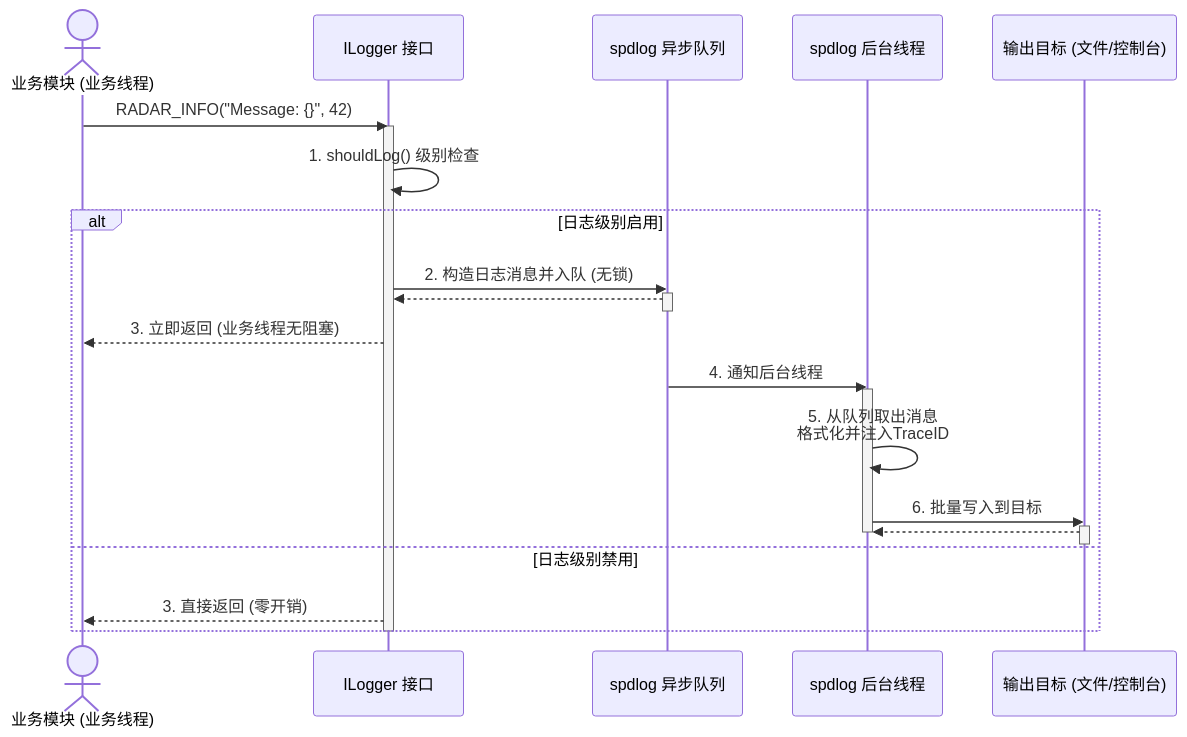
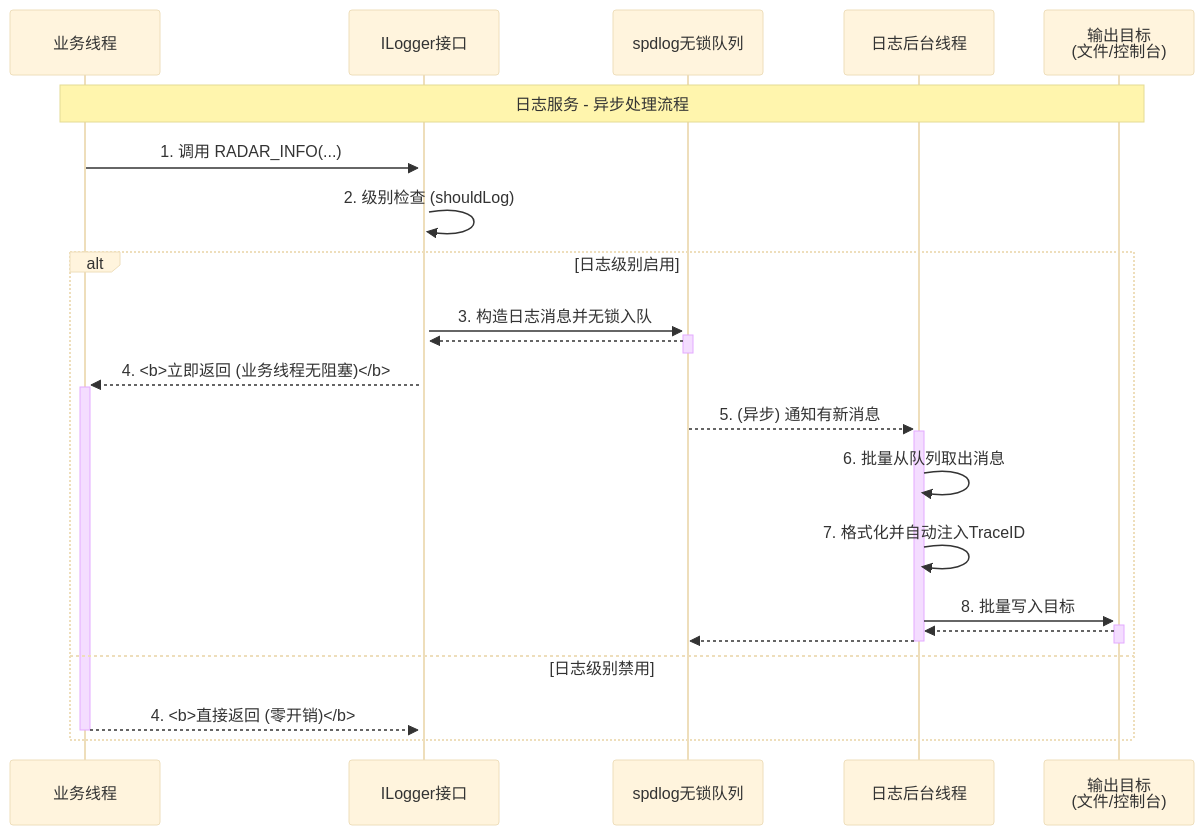
Before and after one commit to wendizhou99-cell/Radar: the second of 5 diagrams in docs/01_项目设计/02_模块设计/07_日志服务设计.md, drawn with Mermaid. The commit also changed other lines of this file and 26 other files, not shown here.

First line of the commit message:
docs: 完成数据架构文档系列重构和Mermaid可视化指南增强

````diff
--- a/docs/01_项目设计/02_模块设计/07_日志服务设计.md
+++ b/docs/01_项目设计/02_模块设计/07_日志服务设计.md
@@ -352,31 +258,34 @@
 ```mermaid
+---
+  config:
+    theme: base
+    flowchart:
+      curve: basis
+---
 sequenceDiagram
-    actor App as 业务模块 (业务线程)
-    participant Logger as ILogger 接口
-    participant SpdlogQueue as spdlog 异步队列
-    participant Worker as spdlog 后台线程
-    participant Sink as 输出目标 (文件/控制台)
+    participant BizThread as 业务线程
+    participant Logger as ILogger接口
+    participant AsyncQueue as spdlog无锁队列
+    participant WorkerThread as 日志后台线程
+    participant Sink as 输出目标<br/>(文件/控制台)
 
-    App->>Logger: RADAR_INFO("Message: {}", 42)
-    activate Logger
-    Logger->>Logger: 1. shouldLog() 级别检查
+    Note over BizThread,Sink: 日志服务 - 异步处理流程
+
+    BizThread->>+Logger: 1. 调用 RADAR_INFO(...)
+    Logger->>Logger: 2. 级别检查 (shouldLog)
+
     alt 日志级别启用
-        Logger->>SpdlogQueue: 2. 构造日志消息并入队 (无锁)
-        activate SpdlogQueue
-        SpdlogQueue-->>Logger:
-        deactivate SpdlogQueue
-        Logger-->>App: 3. 立即返回 (业务线程无阻塞)
+        Logger->>+AsyncQueue: 3. 构造日志消息并无锁入队
+        AsyncQueue-->>-Logger:
+        Logger-->>+BizThread: 4. <b>立即返回 (业务线程无阻塞)</b>
 
-        SpdlogQueue->>Worker: 4. 通知后台线程
-        activate Worker
-        Worker->>Worker: 5. 从队列取出消息<br/>格式化并注入TraceID
-        Worker->>Sink: 6. 批量写入到目标
-        activate Sink
-        Sink-->>Worker:
-        deactivate Sink
-        deactivate Worker
+        AsyncQueue-->>+WorkerThread: 5. (异步) 通知有新消息
+        WorkerThread->>WorkerThread: 6. 批量从队列取出消息
+        WorkerThread->>WorkerThread: 7. 格式化并自动注入TraceID
+        WorkerThread->>+Sink: 8. 批量写入目标
+        Sink-->>-WorkerThread:
+        WorkerThread-->>-AsyncQueue:
     else 日志级别禁用
-        Logger-->>App: 3. 直接返回 (零开销)
+        BizThread-->>-Logger: 4. <b>直接返回 (零开销)</b>
     end
-    deactivate Logger
 ```
````
